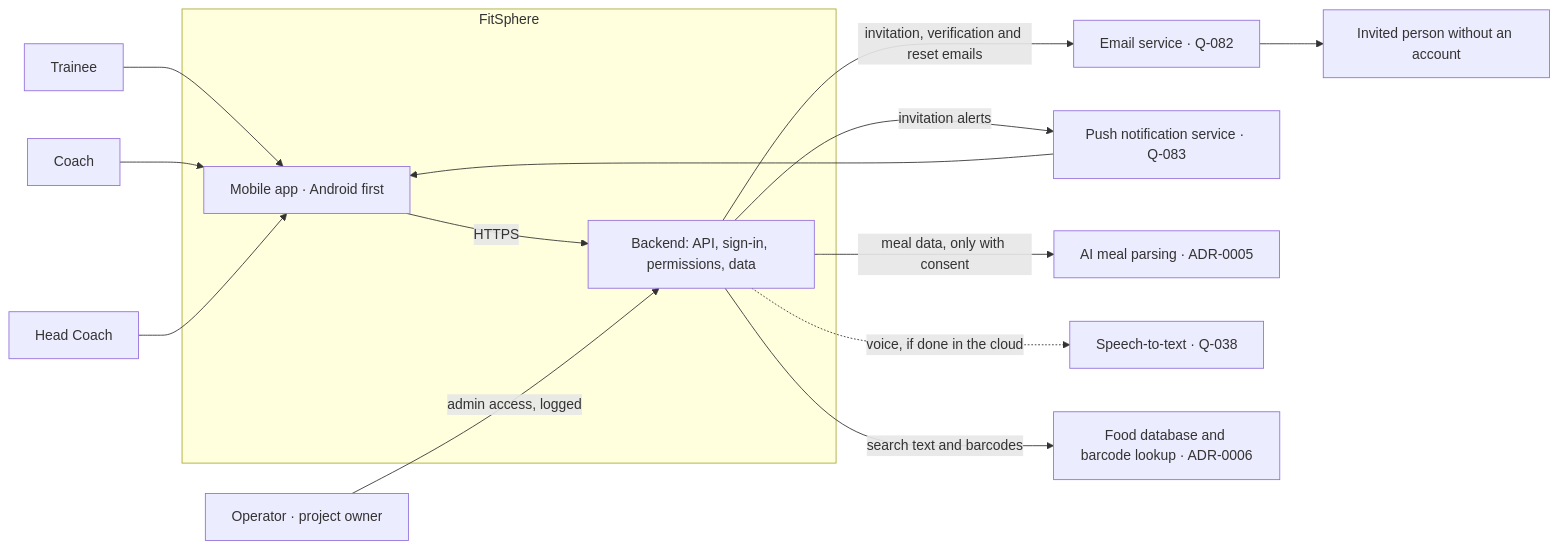
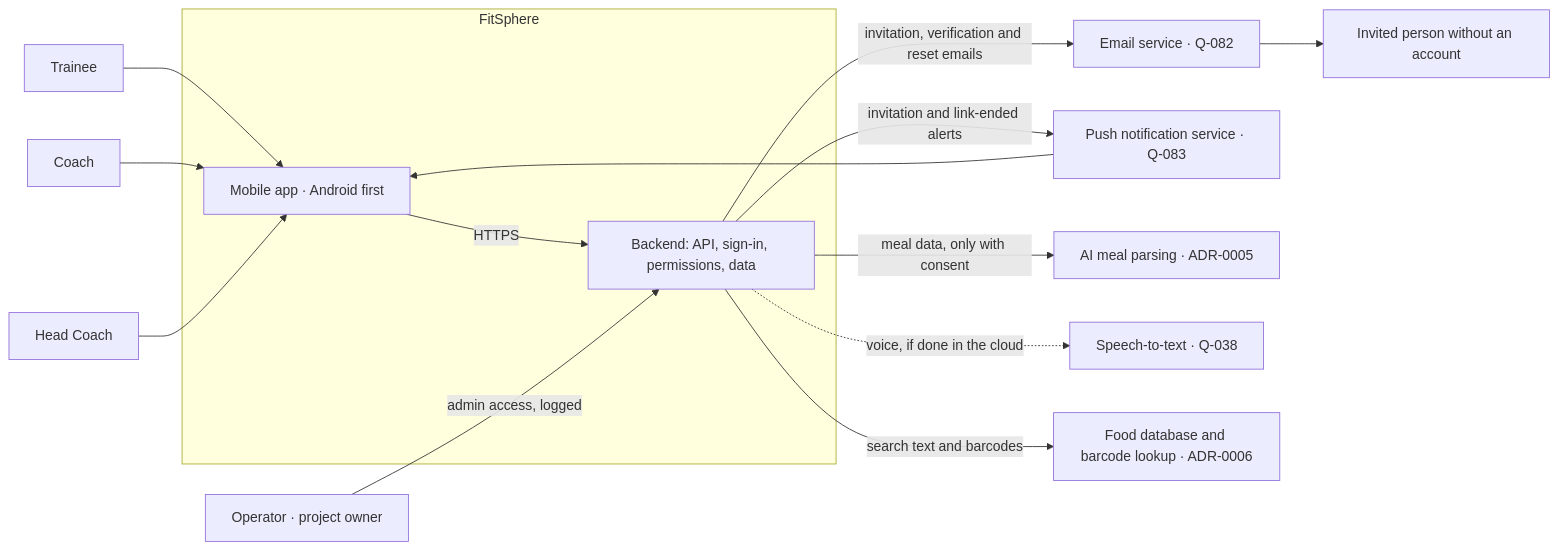
One commit to pradeepKumawatPalara/fitsphere changed the diagram in docs/architecture/system-context.md. Above: the diagram before and after it, drawn with Mermaid. The commit also changed other lines of this file and 9 other files, not shown here.

````diff
--- a/docs/architecture/system-context.md
+++ b/docs/architecture/system-context.md
@@ -35,29 +35,29 @@
 ```mermaid
 flowchart LR
     T[Trainee]
     C[Coach]
     H[Head Coach]
     N[Invited person without an account]
     O[Operator · project owner]
     subgraph FS["FitSphere"]
         APP[Mobile app · Android first]
         BE[Backend: API, sign-in, permissions, data]
     end
     EMAIL[Email service · Q-082]
     PUSH[Push notification service · Q-083]
     AI[AI meal parsing · ADR-0005]
     STT[Speech-to-text · Q-038]
     FOOD[Food database and barcode lookup · ADR-0006]
     T --> APP
     C --> APP
     H --> APP
     APP -- HTTPS --> BE
     O -- admin access, logged --> BE
     BE -- invitation, verification and reset emails --> EMAIL
     EMAIL --> N
-    BE -- invitation alerts --> PUSH
+    BE -- invitation and link-ended alerts --> PUSH
     PUSH --> APP
     BE -- meal data, only with consent --> AI
     BE -. voice, if done in the cloud .-> STT
     BE -- search text and barcodes --> FOOD
 ```
````
